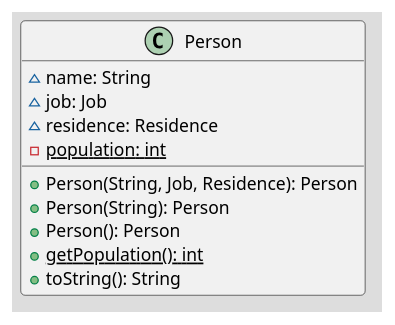
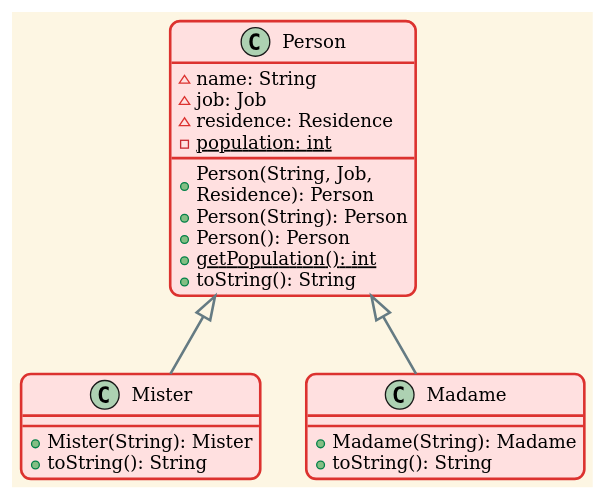
Before and after one commit to physcrowley/demos4u-2526: the diagram in Person.puml, drawn with PlantUML.

Commit message:
Diagramme UML montrant une relation d'héritage

```diff
--- a/Person.puml
+++ b/Person.puml
@@ -4,25 +4,40 @@
 @startuml gabarit
 
 ' https://plantuml.com/fr/theme
 '    favoris : mars, plain, mono, toy, vibrant, sunlust, reddress-lightgreen, toy, crt-green, sketchy-outline
 !theme toy
 
 ' garder les symboles de visibilité simples 
 ' skinparam classAttributeIconSize 0
 
 
 ' https://plantuml.com/fr/class-diagram
+!theme sunlust
+
 
 ' objets
 class Person {
     ~name: String
     ~job: Job
     ~residence: Residence
     -{static}population: int
     +Person(String, Job, Residence): Person
     +Person(String): Person
     +Person(): Person
     +{static}getPopulation(): int
     +toString(): String
 }
+
+' ajouté le 14 janvier : classes enfants
+
+class Mister extends Person {
+    +Mister(String): Mister
+    +toString(): String
+}
+
+class Madame extends Person {
+    +Madame(String): Madame
+    +toString(): String
+}
+
 @enduml
```
